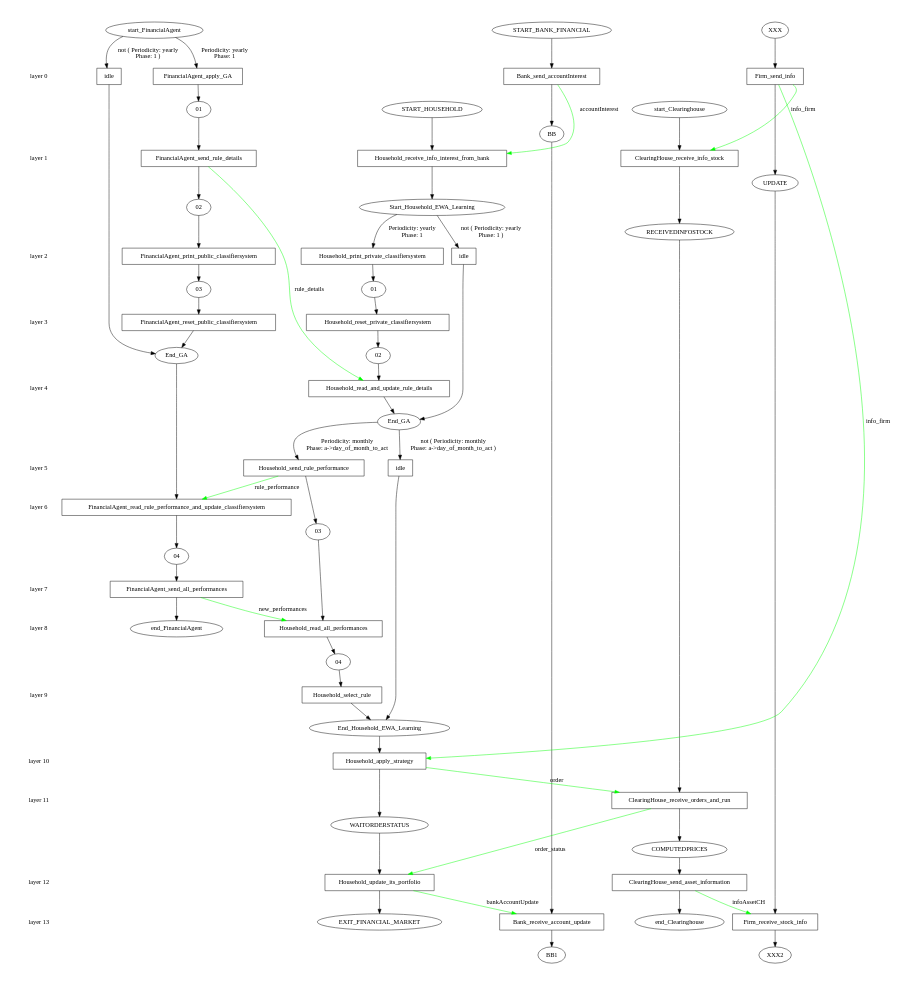
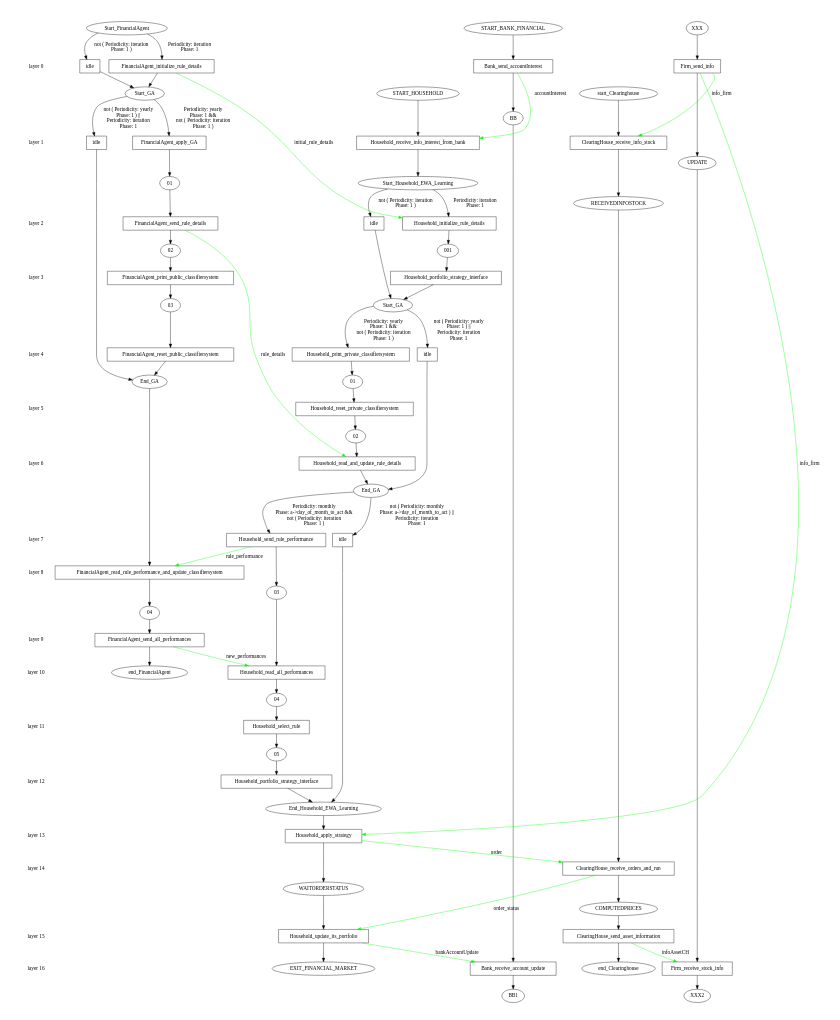
Before and after one commit to ETACE/EURACE: the diagram in models/AFM/afm_branches/initial/stategraph.dot, drawn with Graphviz. The commit also changed 6 other files, not shown here.

```diff
--- a/models/AFM/afm_branches/initial/stategraph.dot
+++ b/models/AFM/afm_branches/initial/stategraph.dot
@@ -28,6 +28,12 @@
 	layer_11 -> layer_12 [style=invis];
 	layer_13 [shape=plaintext, label="layer 13"];
 	layer_12 -> layer_13 [style=invis];
+	layer_14 [shape=plaintext, label="layer 14"];
+	layer_13 -> layer_14 [style=invis];
+	layer_15 [shape=plaintext, label="layer 15"];
+	layer_14 -> layer_15 [style=invis];
+	layer_16 [shape=plaintext, label="layer 16"];
+	layer_15 -> layer_16 [style=invis];
 	
 	/* States */
 	FinancialAgent_end_FinancialAgent [label = "end_FinancialAgent"]
@@ -36,16 +42,20 @@
 	FinancialAgent_02 [label = "02"]
 	FinancialAgent_01 [label = "01"]
 	FinancialAgent_End_GA [label = "End_GA"]
-	FinancialAgent_start_FinancialAgent [label = "start_FinancialAgent"]
+	FinancialAgent_Start_GA [label = "Start_GA"]
+	FinancialAgent_Start_FinancialAgent [label = "Start_FinancialAgent"]
 	Household_EXIT_FINANCIAL_MARKET [label = "EXIT_FINANCIAL_MARKET"]
 	Household_WAITORDERSTATUS [label = "WAITORDERSTATUS"]
 	Household_START_HOUSEHOLD [label = "START_HOUSEHOLD"]
+	Household_05 [label = "05"]
 	Household_04 [label = "04"]
 	Household_03 [label = "03"]
 	Household_End_Household_EWA_Learning [label = "End_Household_EWA_Learning"]
 	Household_02 [label = "02"]
 	Household_01 [label = "01"]
 	Household_End_GA [label = "End_GA"]
+	Household_001 [label = "001"]
+	Household_Start_GA [label = "Start_GA"]
 	Household_Start_Household_EWA_Learning [label = "Start_Household_EWA_Learning"]
 	Clearinghouse_end_Clearinghouse [label = "end_Clearinghouse"]
 	Clearinghouse_COMPUTEDPRICES [label = "COMPUTEDPRICES"]
@@ -57,21 +67,27 @@
 	Firm_XXX2 [label = "XXX2"]
 	Firm_UPDATE [label = "UPDATE"]
 	Firm_XXX [label = "XXX"]
-	FinancialAgent_idle_start_FinancialAgent_End_GA [label = "idle", shape = rect]
-	FinancialAgent_FinancialAgent_apply_GA_start_FinancialAgent_01 [label = "FinancialAgent_apply_GA", shape = rect]
+	FinancialAgent_idle_Start_FinancialAgent_Start_GA [label = "idle", shape = rect]
+	FinancialAgent_FinancialAgent_initialize_rule_details_Start_FinancialAgent_Start_GA [label = "FinancialAgent_initialize_rule_details", shape = rect]
+	FinancialAgent_idle_Start_GA_End_GA [label = "idle", shape = rect]
+	FinancialAgent_FinancialAgent_apply_GA_Start_GA_01 [label = "FinancialAgent_apply_GA", shape = rect]
 	FinancialAgent_FinancialAgent_send_rule_details_01_02 [label = "FinancialAgent_send_rule_details", shape = rect]
 	FinancialAgent_FinancialAgent_print_public_classifiersystem_02_03 [label = "FinancialAgent_print_public_classifiersystem", shape = rect]
 	FinancialAgent_FinancialAgent_reset_public_classifiersystem_03_End_GA [label = "FinancialAgent_reset_public_classifiersystem", shape = rect]
 	FinancialAgent_FinancialAgent_read_rule_performance_and_update_classifiersystem_End_GA_04 [label = "FinancialAgent_read_rule_performance_and_update_classifiersystem", shape = rect]
 	FinancialAgent_FinancialAgent_send_all_performances_04_end_FinancialAgent [label = "FinancialAgent_send_all_performances", shape = rect]
-	Household_idle_Start_Household_EWA_Learning_End_GA [label = "idle", shape = rect]
-	Household_Household_print_private_classifiersystem_Start_Household_EWA_Learning_01 [label = "Household_print_private_classifiersystem", shape = rect]
+	Household_idle_Start_Household_EWA_Learning_Start_GA [label = "idle", shape = rect]
+	Household_Household_initialize_rule_details_Start_Household_EWA_Learning_001 [label = "Household_initialize_rule_details", shape = rect]
+	Household_Household_portfolio_strategy_interface_001_Start_GA [label = "Household_portfolio_strategy_interface", shape = rect]
+	Household_idle_Start_GA_End_GA [label = "idle", shape = rect]
+	Household_Household_print_private_classifiersystem_Start_GA_01 [label = "Household_print_private_classifiersystem", shape = rect]
 	Household_Household_reset_private_classifiersystem_01_02 [label = "Household_reset_private_classifiersystem", shape = rect]
 	Household_Household_read_and_update_rule_details_02_End_GA [label = "Household_read_and_update_rule_details", shape = rect]
 	Household_idle_End_GA_End_Household_EWA_Learning [label = "idle", shape = rect]
 	Household_Household_send_rule_performance_End_GA_03 [label = "Household_send_rule_performance", shape = rect]
 	Household_Household_read_all_performances_03_04 [label = "Household_read_all_performances", shape = rect]
-	Household_Household_select_rule_04_End_Household_EWA_Learning [label = "Household_select_rule", shape = rect]
+	Household_Household_select_rule_04_05 [label = "Household_select_rule", shape = rect]
+	Household_Household_portfolio_strategy_interface_05_End_Household_EWA_Learning [label = "Household_portfolio_strategy_interface", shape = rect]
 	Household_Household_receive_info_interest_from_bank_START_HOUSEHOLD_Start_Household_EWA_Learning [label = "Household_receive_info_interest_from_bank", shape = rect]
 	Household_Household_apply_strategy_End_Household_EWA_Learning_WAITORDERSTATUS [label = "Household_apply_strategy", shape = rect]
 	Household_Household_update_its_portfolio_WAITORDERSTATUS_EXIT_FINANCIAL_MARKET [label = "Household_update_its_portfolio", shape = rect]
@@ -84,10 +100,14 @@
 	Firm_Firm_receive_stock_info_UPDATE_XXX2 [label = "Firm_receive_stock_info", shape = rect]
 	
 	/* Transitions */
-	FinancialAgent_start_FinancialAgent -> FinancialAgent_idle_start_FinancialAgent_End_GA [ label = "not ( Periodicity: yearly\nPhase: 1 )"];
-	FinancialAgent_idle_start_FinancialAgent_End_GA -> FinancialAgent_End_GA;
-	FinancialAgent_start_FinancialAgent -> FinancialAgent_FinancialAgent_apply_GA_start_FinancialAgent_01 [ label = "Periodicity: yearly\nPhase: 1"];
-	FinancialAgent_FinancialAgent_apply_GA_start_FinancialAgent_01 -> FinancialAgent_01;
+	FinancialAgent_Start_FinancialAgent -> FinancialAgent_idle_Start_FinancialAgent_Start_GA [ label = "not ( Periodicity: iteration\nPhase: 1 )"];
+	FinancialAgent_idle_Start_FinancialAgent_Start_GA -> FinancialAgent_Start_GA;
+	FinancialAgent_Start_FinancialAgent -> FinancialAgent_FinancialAgent_initialize_rule_details_Start_FinancialAgent_Start_GA [ label = "Periodicity: iteration\nPhase: 1"];
+	FinancialAgent_FinancialAgent_initialize_rule_details_Start_FinancialAgent_Start_GA -> FinancialAgent_Start_GA;
+	FinancialAgent_Start_GA -> FinancialAgent_idle_Start_GA_End_GA [ label = "not ( Periodicity: yearly\nPhase: 1 ) ||\nPeriodicity: iteration\nPhase: 1"];
+	FinancialAgent_idle_Start_GA_End_GA -> FinancialAgent_End_GA;
+	FinancialAgent_Start_GA -> FinancialAgent_FinancialAgent_apply_GA_Start_GA_01 [ label = "Periodicity: yearly\nPhase: 1 &&\nnot ( Periodicity: iteration\nPhase: 1 )"];
+	FinancialAgent_FinancialAgent_apply_GA_Start_GA_01 -> FinancialAgent_01;
 	FinancialAgent_01 -> FinancialAgent_FinancialAgent_send_rule_details_01_02;
 	FinancialAgent_FinancialAgent_send_rule_details_01_02 -> FinancialAgent_02;
 	FinancialAgent_02 -> FinancialAgent_FinancialAgent_print_public_classifiersystem_02_03;
@@ -98,22 +118,30 @@
 	FinancialAgent_FinancialAgent_read_rule_performance_and_update_classifiersystem_End_GA_04 -> FinancialAgent_04;
 	FinancialAgent_04 -> FinancialAgent_FinancialAgent_send_all_performances_04_end_FinancialAgent;
 	FinancialAgent_FinancialAgent_send_all_performances_04_end_FinancialAgent -> FinancialAgent_end_FinancialAgent;
-	Household_Start_Household_EWA_Learning -> Household_idle_Start_Household_EWA_Learning_End_GA [ label = "not ( Periodicity: yearly\nPhase: 1 )"];
-	Household_idle_Start_Household_EWA_Learning_End_GA -> Household_End_GA;
-	Household_Start_Household_EWA_Learning -> Household_Household_print_private_classifiersystem_Start_Household_EWA_Learning_01 [ label = "Periodicity: yearly\nPhase: 1"];
-	Household_Household_print_private_classifiersystem_Start_Household_EWA_Learning_01 -> Household_01;
+	Household_Start_Household_EWA_Learning -> Household_idle_Start_Household_EWA_Learning_Start_GA [ label = "not ( Periodicity: iteration\nPhase: 1 )"];
+	Household_idle_Start_Household_EWA_Learning_Start_GA -> Household_Start_GA;
+	Household_Start_Household_EWA_Learning -> Household_Household_initialize_rule_details_Start_Household_EWA_Learning_001 [ label = "Periodicity: iteration\nPhase: 1"];
+	Household_Household_initialize_rule_details_Start_Household_EWA_Learning_001 -> Household_001;
+	Household_001 -> Household_Household_portfolio_strategy_interface_001_Start_GA;
+	Household_Household_portfolio_strategy_interface_001_Start_GA -> Household_Start_GA;
+	Household_Start_GA -> Household_idle_Start_GA_End_GA [ label = "not ( Periodicity: yearly\nPhase: 1 ) ||\nPeriodicity: iteration\nPhase: 1"];
+	Household_idle_Start_GA_End_GA -> Household_End_GA;
+	Household_Start_GA -> Household_Household_print_private_classifiersystem_Start_GA_01 [ label = "Periodicity: yearly\nPhase: 1 &&\nnot ( Periodicity: iteration\nPhase: 1 )"];
+	Household_Household_print_private_classifiersystem_Start_GA_01 -> Household_01;
 	Household_01 -> Household_Household_reset_private_classifiersystem_01_02;
 	Household_Household_reset_private_classifiersystem_01_02 -> Household_02;
 	Household_02 -> Household_Household_read_and_update_rule_details_02_End_GA;
 	Household_Household_read_and_update_rule_details_02_End_GA -> Household_End_GA;
-	Household_End_GA -> Household_idle_End_GA_End_Household_EWA_Learning [ label = "not ( Periodicity: monthly\nPhase: a->day_of_month_to_act )"];
+	Household_End_GA -> Household_idle_End_GA_End_Household_EWA_Learning [ label = "not ( Periodicity: monthly\nPhase: a->day_of_month_to_act ) ||\nPeriodicity: iteration\nPhase: 1"];
 	Household_idle_End_GA_End_Household_EWA_Learning -> Household_End_Household_EWA_Learning;
-	Household_End_GA -> Household_Household_send_rule_performance_End_GA_03 [ label = "Periodicity: monthly\nPhase: a->day_of_month_to_act"];
+	Household_End_GA -> Household_Household_send_rule_performance_End_GA_03 [ label = "Periodicity: monthly\nPhase: a->day_of_month_to_act &&\nnot ( Periodicity: iteration\nPhase: 1 )"];
 	Household_Household_send_rule_performance_End_GA_03 -> Household_03;
 	Household_03 -> Household_Household_read_all_performances_03_04;
 	Household_Household_read_all_performances_03_04 -> Household_04;
-	Household_04 -> Household_Household_select_rule_04_End_Household_EWA_Learning;
-	Household_Household_select_rule_04_End_Household_EWA_Learning -> Household_End_Household_EWA_Learning;
+	Household_04 -> Household_Household_select_rule_04_05;
+	Household_Household_select_rule_04_05 -> Household_05;
+	Household_05 -> Household_Household_portfolio_strategy_interface_05_End_Household_EWA_Learning;
+	Household_Household_portfolio_strategy_interface_05_End_Household_EWA_Learning -> Household_End_Household_EWA_Learning;
 	Household_START_HOUSEHOLD -> Household_Household_receive_info_interest_from_bank_START_HOUSEHOLD_Start_Household_EWA_Learning;
 	Household_Household_receive_info_interest_from_bank_START_HOUSEHOLD_Start_Household_EWA_Learning -> Household_Start_Household_EWA_Learning;
 	Household_End_Household_EWA_Learning -> Household_Household_apply_strategy_End_Household_EWA_Learning_WAITORDERSTATUS;
@@ -145,19 +173,23 @@
 	Bank_Bank_send_accountInterest_START_BANK_FINANCIAL_BB -> Household_Household_receive_info_interest_from_bank_START_HOUSEHOLD_Start_Household_EWA_Learning [ label = "accountInterest" color="#00ff00" constraint=false];
 	FinancialAgent_FinancialAgent_send_all_performances_04_end_FinancialAgent -> Household_Household_read_all_performances_03_04 [ label = "new_performances" color="#00ff00" constraint=false];
 	FinancialAgent_FinancialAgent_send_rule_details_01_02 -> Household_Household_read_and_update_rule_details_02_End_GA [ label = "rule_details" color="#00ff00" constraint=false];
+	FinancialAgent_FinancialAgent_initialize_rule_details_Start_FinancialAgent_Start_GA -> Household_Household_initialize_rule_details_Start_Household_EWA_Learning_001 [ label = "initial_rule_details" color="#00ff00" constraint=false];
 	Household_Household_send_rule_performance_End_GA_03 -> FinancialAgent_FinancialAgent_read_rule_performance_and_update_classifiersystem_End_GA_04 [ label = "rule_performance" color="#00ff00" constraint=false];
-	{ rank=same; layer_0;  FinancialAgent_idle_start_FinancialAgent_End_GA;  FinancialAgent_FinancialAgent_apply_GA_start_FinancialAgent_01;  Bank_Bank_send_accountInterest_START_BANK_FINANCIAL_BB;  Firm_Firm_send_info_XXX_UPDATE; }
-	{ rank=same; layer_1;  FinancialAgent_FinancialAgent_send_rule_details_01_02;  Household_Household_receive_info_interest_from_bank_START_HOUSEHOLD_Start_Household_EWA_Learning;  Clearinghouse_ClearingHouse_receive_info_stock_start_Clearinghouse_RECEIVEDINFOSTOCK; }
-	{ rank=same; layer_2;  FinancialAgent_FinancialAgent_print_public_classifiersystem_02_03;  Household_idle_Start_Household_EWA_Learning_End_GA;  Household_Household_print_private_classifiersystem_Start_Household_EWA_Learning_01; }
-	{ rank=same; layer_3;  FinancialAgent_FinancialAgent_reset_public_classifiersystem_03_End_GA;  Household_Household_reset_private_classifiersystem_01_02; }
-	{ rank=same; layer_4;  Household_Household_read_and_update_rule_details_02_End_GA; }
-	{ rank=same; layer_5;  Household_idle_End_GA_End_Household_EWA_Learning;  Household_Household_send_rule_performance_End_GA_03; }
-	{ rank=same; layer_6;  FinancialAgent_FinancialAgent_read_rule_performance_and_update_classifiersystem_End_GA_04; }
-	{ rank=same; layer_7;  FinancialAgent_FinancialAgent_send_all_performances_04_end_FinancialAgent; }
-	{ rank=same; layer_8;  Household_Household_read_all_performances_03_04; }
-	{ rank=same; layer_9;  Household_Household_select_rule_04_End_Household_EWA_Learning; }
-	{ rank=same; layer_10;  Household_Household_apply_strategy_End_Household_EWA_Learning_WAITORDERSTATUS; }
-	{ rank=same; layer_11;  Clearinghouse_ClearingHouse_receive_orders_and_run_RECEIVEDINFOSTOCK_COMPUTEDPRICES; }
-	{ rank=same; layer_12;  Household_Household_update_its_portfolio_WAITORDERSTATUS_EXIT_FINANCIAL_MARKET;  Clearinghouse_ClearingHouse_send_asset_information_COMPUTEDPRICES_end_Clearinghouse; }
-	{ rank=same; layer_13;  Bank_Bank_receive_account_update_BB_BB1;  Firm_Firm_receive_stock_info_UPDATE_XXX2; }
+	{ rank=same; layer_0;  FinancialAgent_idle_Start_FinancialAgent_Start_GA;  FinancialAgent_FinancialAgent_initialize_rule_details_Start_FinancialAgent_Start_GA;  Bank_Bank_send_accountInterest_START_BANK_FINANCIAL_BB;  Firm_Firm_send_info_XXX_UPDATE; }
+	{ rank=same; layer_1;  FinancialAgent_idle_Start_GA_End_GA;  FinancialAgent_FinancialAgent_apply_GA_Start_GA_01;  Household_Household_receive_info_interest_from_bank_START_HOUSEHOLD_Start_Household_EWA_Learning;  Clearinghouse_ClearingHouse_receive_info_stock_start_Clearinghouse_RECEIVEDINFOSTOCK; }
+	{ rank=same; layer_2;  FinancialAgent_FinancialAgent_send_rule_details_01_02;  Household_idle_Start_Household_EWA_Learning_Start_GA;  Household_Household_initialize_rule_details_Start_Household_EWA_Learning_001; }
+	{ rank=same; layer_3;  FinancialAgent_FinancialAgent_print_public_classifiersystem_02_03;  Household_Household_portfolio_strategy_interface_001_Start_GA; }
+	{ rank=same; layer_4;  FinancialAgent_FinancialAgent_reset_public_classifiersystem_03_End_GA;  Household_idle_Start_GA_End_GA;  Household_Household_print_private_classifiersystem_Start_GA_01; }
+	{ rank=same; layer_5;  Household_Household_reset_private_classifiersystem_01_02; }
+	{ rank=same; layer_6;  Household_Household_read_and_update_rule_details_02_End_GA; }
+	{ rank=same; layer_7;  Household_idle_End_GA_End_Household_EWA_Learning;  Household_Household_send_rule_performance_End_GA_03; }
+	{ rank=same; layer_8;  FinancialAgent_FinancialAgent_read_rule_performance_and_update_classifiersystem_End_GA_04; }
+	{ rank=same; layer_9;  FinancialAgent_FinancialAgent_send_all_performances_04_end_FinancialAgent; }
+	{ rank=same; layer_10;  Household_Household_read_all_performances_03_04; }
+	{ rank=same; layer_11;  Household_Household_select_rule_04_05; }
+	{ rank=same; layer_12;  Household_Household_portfolio_strategy_interface_05_End_Household_EWA_Learning; }
+	{ rank=same; layer_13;  Household_Household_apply_strategy_End_Household_EWA_Learning_WAITORDERSTATUS; }
+	{ rank=same; layer_14;  Clearinghouse_ClearingHouse_receive_orders_and_run_RECEIVEDINFOSTOCK_COMPUTEDPRICES; }
+	{ rank=same; layer_15;  Household_Household_update_its_portfolio_WAITORDERSTATUS_EXIT_FINANCIAL_MARKET;  Clearinghouse_ClearingHouse_send_asset_information_COMPUTEDPRICES_end_Clearinghouse; }
+	{ rank=same; layer_16;  Bank_Bank_receive_account_update_BB_BB1;  Firm_Firm_receive_stock_info_UPDATE_XXX2; }
 }
```
